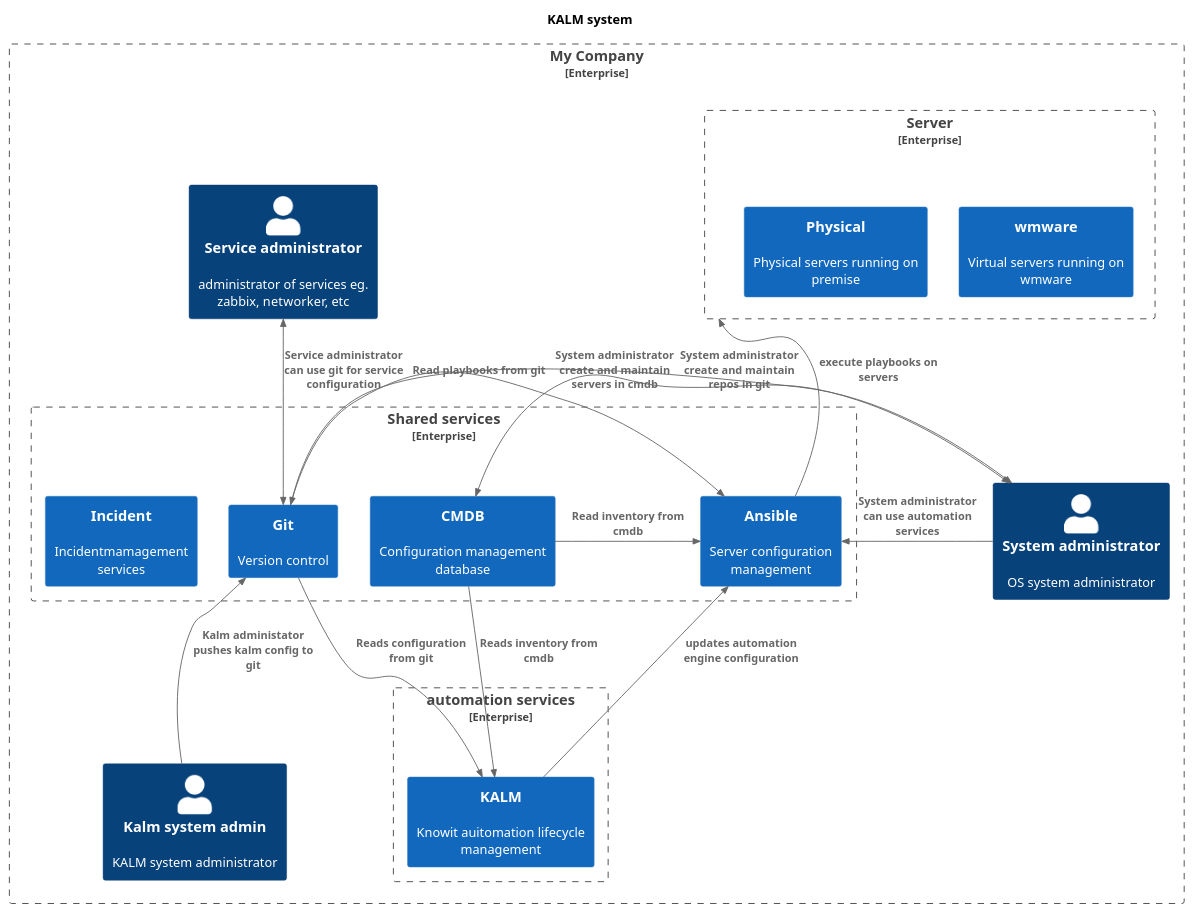
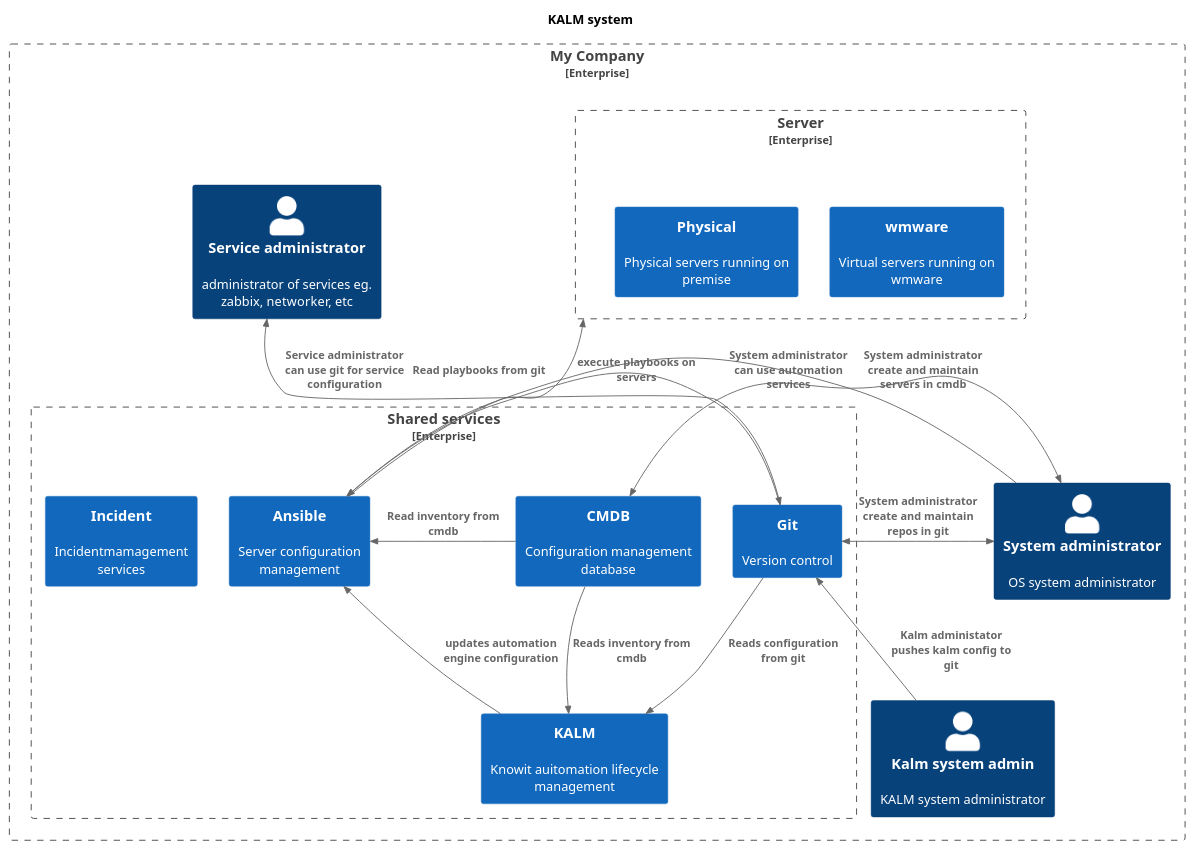
The diagram in diagrams/kalm.puml (JakobHolstDK/infowall), drawn with PlantUML before and after one commit.

Commit message:
no write

```diff
--- a/diagrams/kalm.puml
+++ b/diagrams/kalm.puml
@@ -1,71 +1,69 @@
 @startuml
 !include https://raw.githubusercontent.com/plantuml-stdlib/C4-PlantUML/master/C4_Context.puml
 
 ' uncomment the following line and comment the first to use locally
 ' !include C4_Context.puml
 
 'LAYOUT_TOP_DOWN()
 'LAYOUT_AS_SKETCH()
 'LAYOUT_WITH_LEGEND()
 HIDE_STEREOTYPE()
 
 
 
 title   KALM system
 
 
 Enterprise_Boundary(c0, "My Company", "My awesome organisation") {
 
 Person(kalmadmin, "Kalm system admin", "KALM system administrator")
 Person(systemadmin, "System administrator", "OS system administrator")
 Person(serviceadmin, "Service administrator", "administrator of services eg. zabbix, networker, etc")
 Enterprise_Boundary(c2, "Server ", "Virtuelle servere") {
     System(vmware, "wmware", "Virtual servers running on wmware")
     System(physicalservers, "Physical", "Physical servers running on premise")
 }
 
 Enterprise_Boundary(c3, "Shared services", "Shared services in the organisation") {
     System(cmdb, "CMDB", "Configuration management database")
     System(automation, "Ansible", "Server configuration management")
     System(git, "Git", "Version control")
     System(incident, "Incident", "Incidentmamagement services")
+    System(kalm, "KALM", "Knowit auitomation lifecycle management")
 }
 
-Enterprise_Boundary(c1, "automation services", "Automation services") {
-    System(kalm, "KALM", "Knowit auitomation lifecycle management")
-}
 
 
 }
 
 'Lay_L(serviceadmin, systemadmin)
 'Lay_R(serviceadmin, kalmadmin)
 'Lay_U(systemadmin, c1)
 'Lay_U(kalmadmin, c1)
 'Lay_U(serviceadmin, c1)
 
 
 
 
 Rel_Neighbor(git, automation, "Read playbooks from git")
 Rel_Neighbor(cmdb, automation, "Read inventory from cmdb")
 Rel_U(automation, c2 , "execute playbooks on servers")
 
 
 Rel_U(kalmadmin, git, "Kalm administator pushes kalm config to git")
 
 Rel_U(systemadmin, automation, "System administrator can use automation services")
 BiRel_R(systemadmin, git, "System administrator create and maintain repos in git")
 BiRel_L(systemadmin, cmdb, "System administrator create and maintain servers in cmdb")
 BiRel_D(serviceadmin, git, "Service administrator can use git for service configuration")
 
 
 
 
 
 Rel_D(cmdb, kalm, "Reads inventory from cmdb")
 Rel_D(git, kalm, "Reads configuration from git")
 Rel_L(kalm, automation, "updates automation engine configuration")
 
 
 @enduml
```
